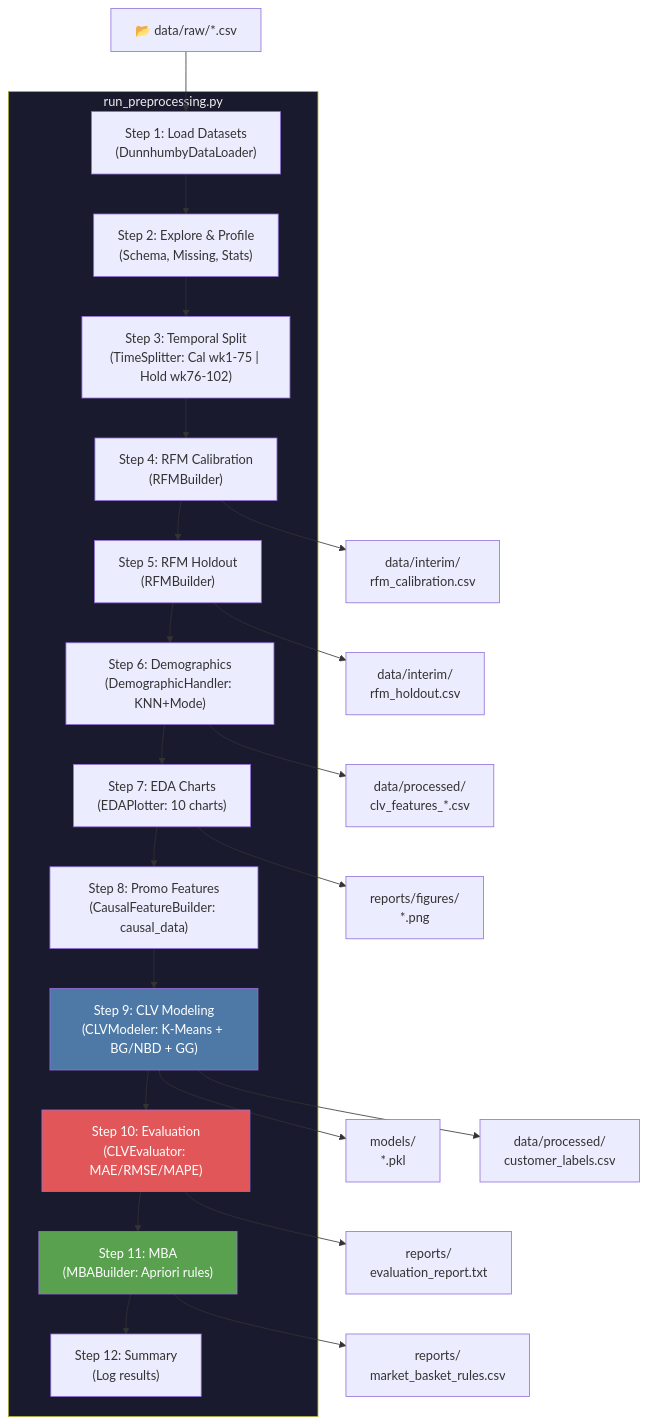
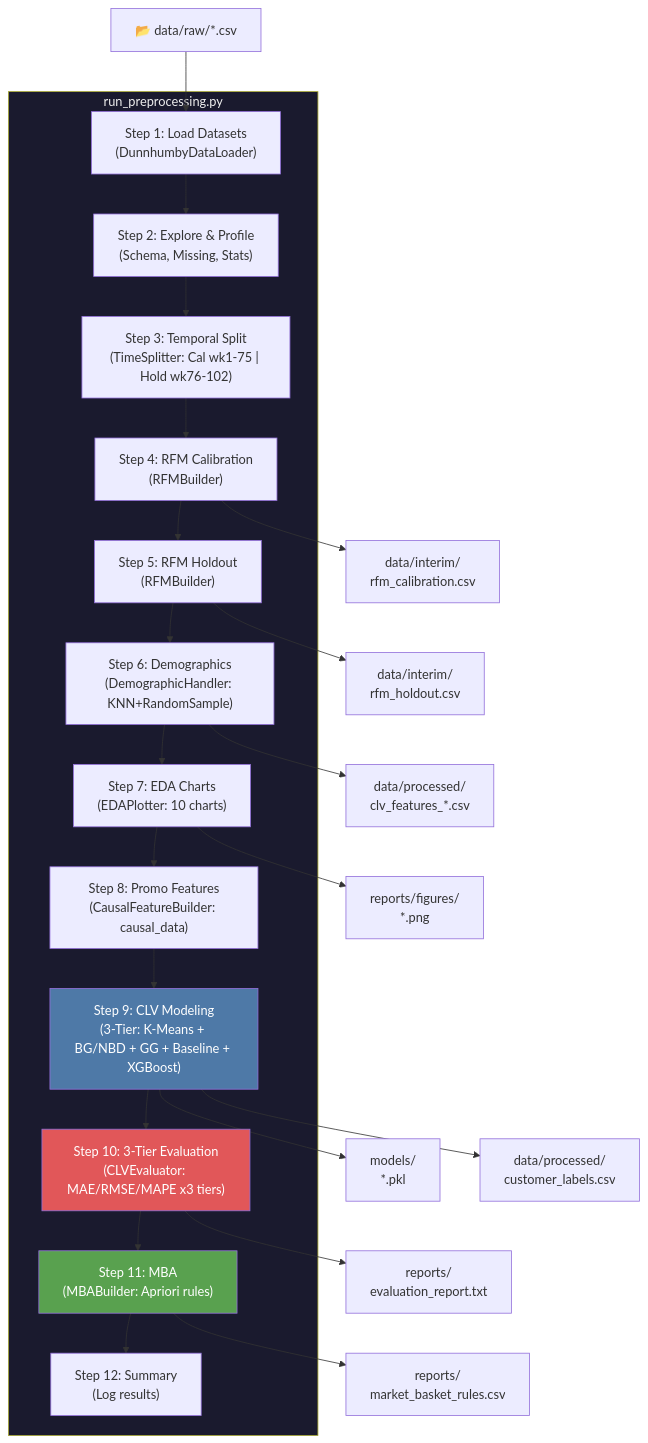
One commit to Dobit25/data_driven_marketing_project changed the second of 2 diagrams in repo_architecture.md. Above: the diagram before and after it, drawn with Mermaid. The commit also changed other lines of this file, not shown here.

Commit message:
new architecture description

````diff
--- a/repo_architecture.md
+++ b/repo_architecture.md
@@ -273,35 +288,35 @@
 ```mermaid
 flowchart TD
     A["📂 data/raw/*.csv"] --> S1
 
     subgraph Pipeline["run_preprocessing.py"]
         S1["Step 1: Load Datasets<br/>(DunnhumbyDataLoader)"]
         S2["Step 2: Explore & Profile<br/>(Schema, Missing, Stats)"]
         S3["Step 3: Temporal Split<br/>(TimeSplitter: Cal wk1-75 | Hold wk76-102)"]
         S4["Step 4: RFM Calibration<br/>(RFMBuilder)"]
         S5["Step 5: RFM Holdout<br/>(RFMBuilder)"]
-        S6["Step 6: Demographics<br/>(DemographicHandler: KNN+Mode)"]
+        S6["Step 6: Demographics<br/>(DemographicHandler: KNN+RandomSample)"]
         S7["Step 7: EDA Charts<br/>(EDAPlotter: 10 charts)"]
         S8["Step 8: Promo Features<br/>(CausalFeatureBuilder: causal_data)"]
-        S9["Step 9: CLV Modeling<br/>(CLVModeler: K-Means + BG/NBD + GG)"]
-        S10["Step 10: Evaluation<br/>(CLVEvaluator: MAE/RMSE/MAPE)"]
+        S9["Step 9: CLV Modeling<br/>(3-Tier: K-Means + BG/NBD + GG + Baseline + XGBoost)"]
+        S10["Step 10: 3-Tier Evaluation<br/>(CLVEvaluator: MAE/RMSE/MAPE x3 tiers)"]
         S11["Step 11: MBA<br/>(MBABuilder: Apriori rules)"]
         S12["Step 12: Summary<br/>(Log results)"]
 
         S1 --> S2 --> S3 --> S4 --> S5 --> S6 --> S7 --> S8 --> S9 --> S10 --> S11 --> S12
     end
 
     S4 --> O1["data/interim/<br/>rfm_calibration.csv"]
     S5 --> O2["data/interim/<br/>rfm_holdout.csv"]
     S6 --> O3["data/processed/<br/>clv_features_*.csv"]
     S7 --> O4["reports/figures/<br/>*.png"]
     S9 --> O5["models/<br/>*.pkl"]
     S9 --> O6["data/processed/<br/>customer_labels.csv"]
     S10 --> O7["reports/<br/>evaluation_report.txt"]
     S11 --> O8["reports/<br/>market_basket_rules.csv"]
 
     style Pipeline fill:#1a1a2e,color:#eee
     style S9 fill:#4E79A7,color:#fff
     style S10 fill:#E15759,color:#fff
     style S11 fill:#59A14F,color:#fff
 ```
````
